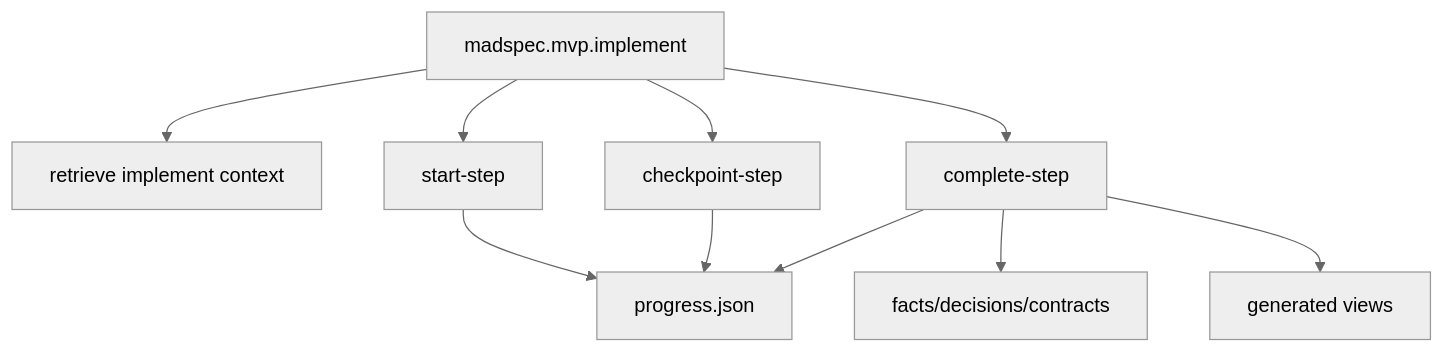
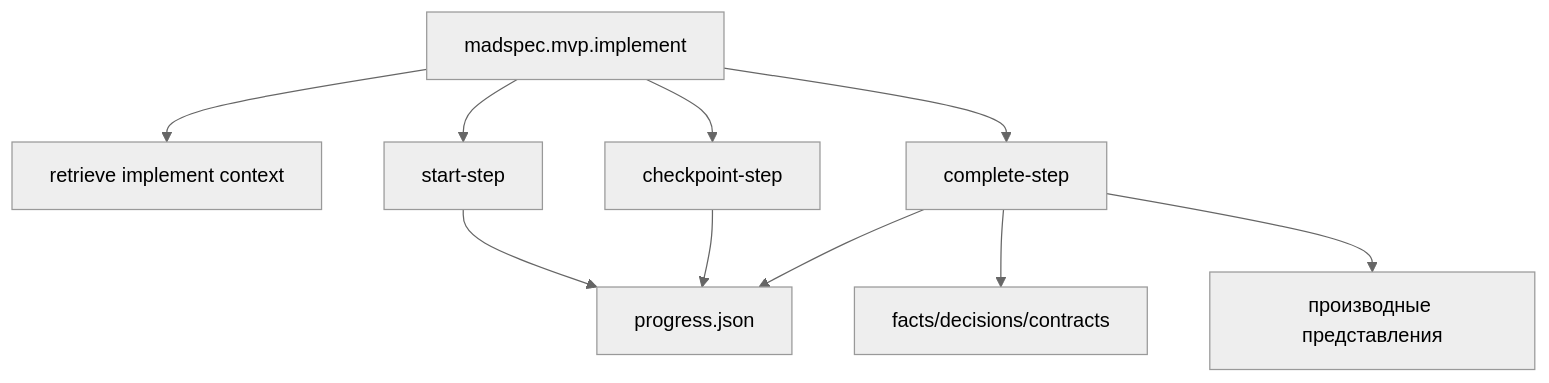
The first of 4 diagrams in docs/mvp/madspec.mvp.implement.md (MADTeacher/MADSpec), drawn with Mermaid (neutral theme) before and after one commit. The commit also changed other lines of this file and 19 other files, not shown here.

````diff
--- a/docs/mvp/madspec.mvp.implement.md
+++ b/docs/mvp/madspec.mvp.implement.md
@@ -91,12 +91,12 @@
 ```mermaid
 flowchart TD
     A["madspec.mvp.implement"] --> R["retrieve implement context"]
     A --> S["start-step"]
     A --> C["checkpoint-step"]
     A --> F["complete-step"]
     S --> P["progress.json"]
     C --> P
     F --> P
     F --> K["facts/decisions/contracts"]
-    F --> G["generated views"]
+    F --> G["производные представления"]
 ```
````
